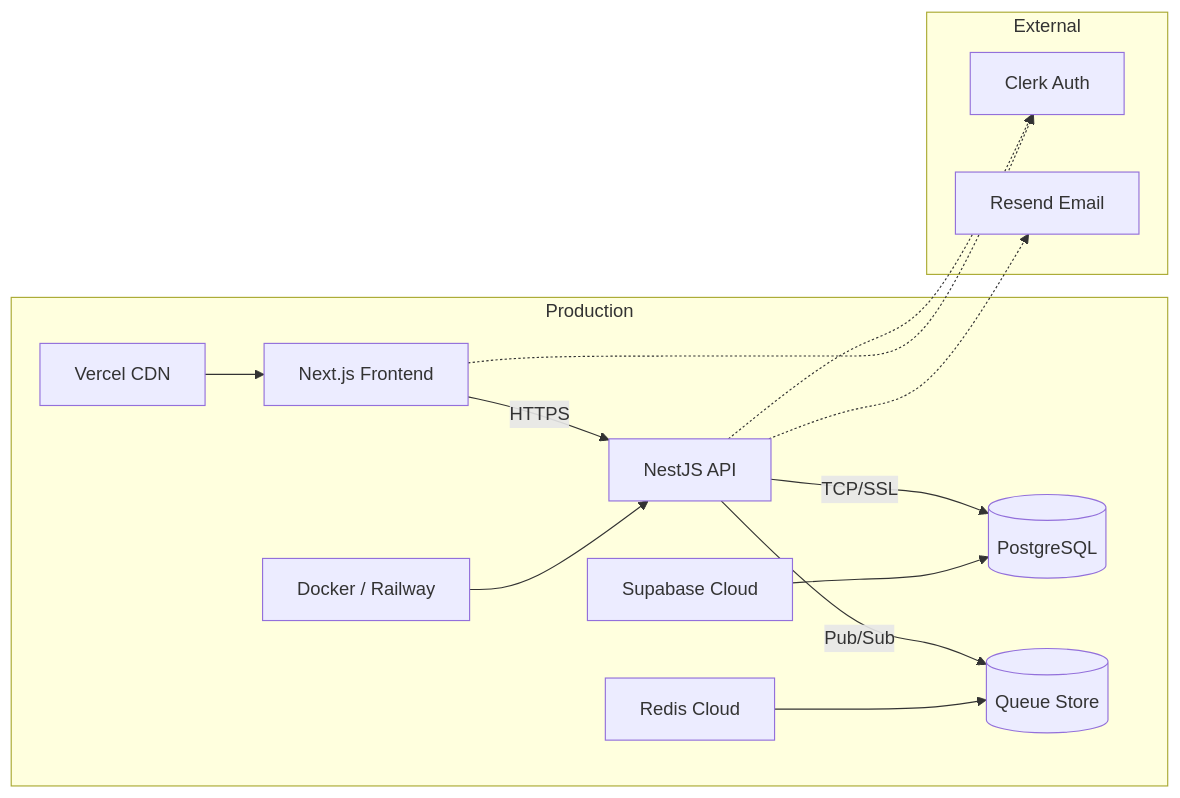
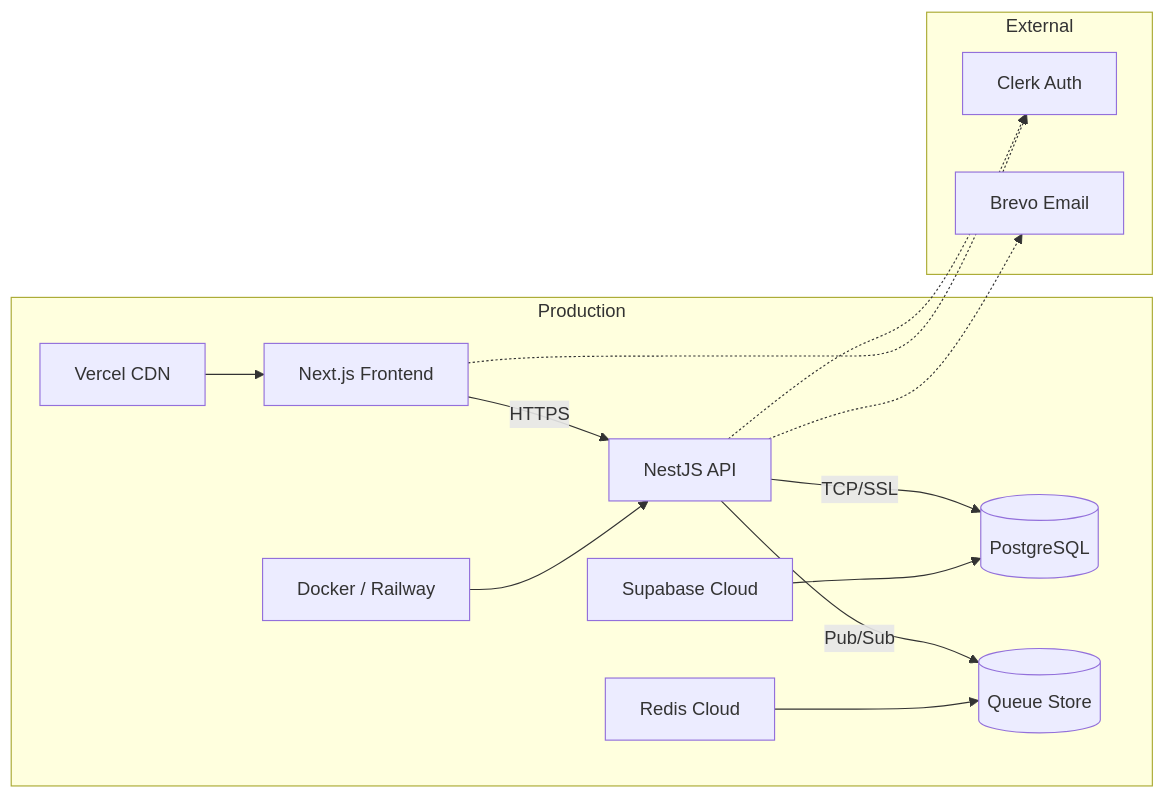
One commit to matheshwaran-io/CuriousBees_V2 changed the sixth of 6 diagrams in docs/reports/CuriousBees_V2_Project_Documentation.md. Above: the diagram before and after it, drawn with Mermaid. The commit also changed other lines of this file and 32 other files, not shown here.

````diff
--- a/docs/reports/CuriousBees_V2_Project_Documentation.md
+++ b/docs/reports/CuriousBees_V2_Project_Documentation.md
@@ -855,22 +855,22 @@
 ```mermaid
 flowchart LR
     subgraph Production
         A["Vercel CDN"] --> B["Next.js Frontend"]
         C["Docker / Railway"] --> D["NestJS API"]
         E["Supabase Cloud"] --> F[("PostgreSQL")]
         G["Redis Cloud"] --> H[("Queue Store")]
     end
 
     B -->|"HTTPS"| D
     D -->|"TCP/SSL"| F
     D -->|"Pub/Sub"| H
 
     subgraph External
         I["Clerk Auth"]
-        J["Resend Email"]
+        J["Brevo Email"]
     end
 
     B -.-> I
     D -.-> I
     D -.-> J
 ```
````
